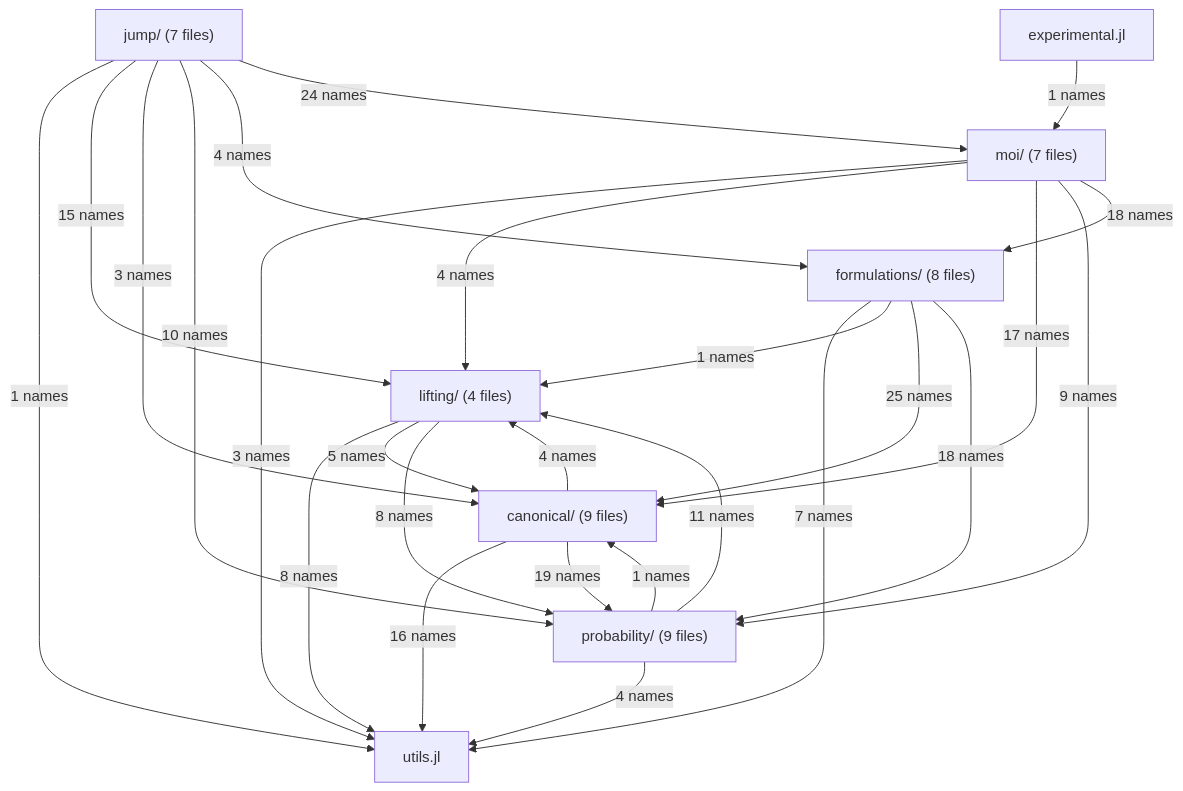
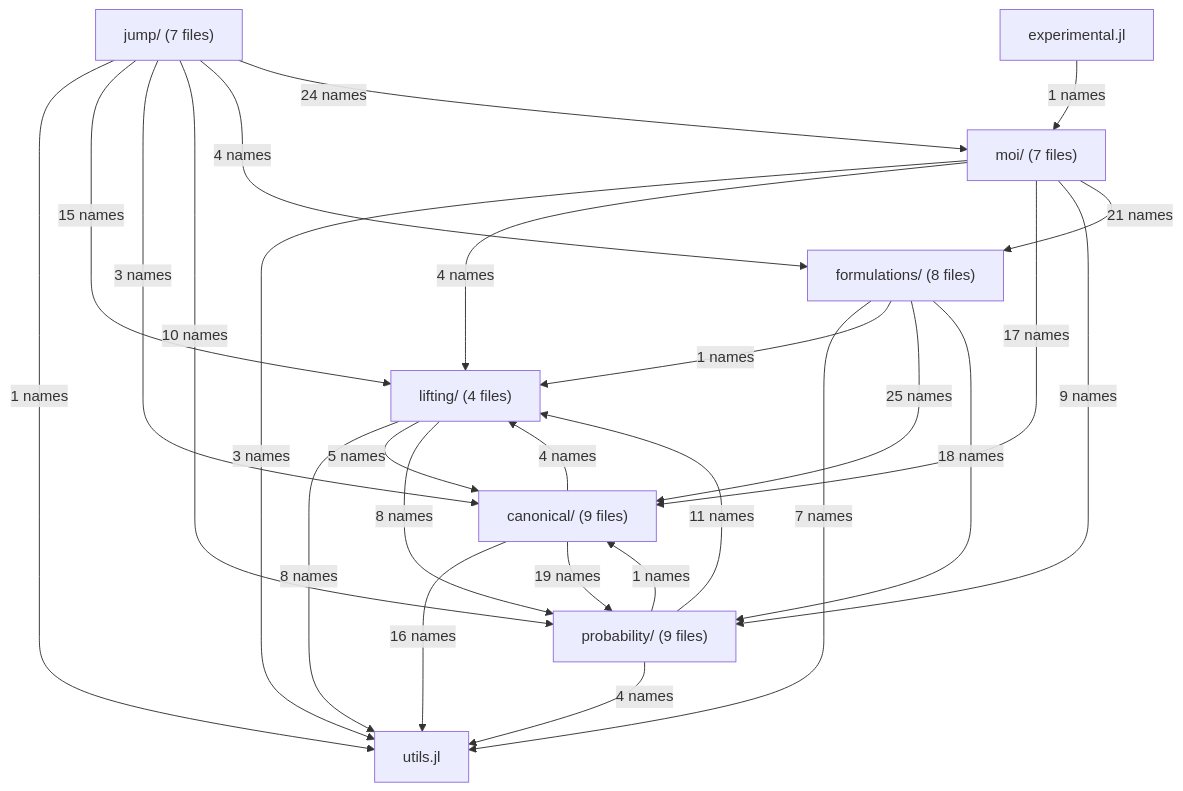
The diagram in docs/src/developer/structure_current.md (bfpc/LinearDecisionRules.jl), drawn with Mermaid before and after one commit. The commit also changed other lines of this file and 6 other files, not shown here.

````diff
--- a/docs/src/developer/structure_current.md
+++ b/docs/src/developer/structure_current.md
@@ -12,36 +12,36 @@
 ```mermaid
 flowchart TD
     utils["utils.jl"]
     lifting["lifting/ (4 files)"]
     canonical["canonical/ (9 files)"]
     probability["probability/ (9 files)"]
     formulations["formulations/ (8 files)"]
     moi["moi/ (7 files)"]
     jump["jump/ (7 files)"]
     experimental["experimental.jl"]
     lifting -->|"8 names"| utils
     lifting -->|"5 names"| canonical
     lifting -->|"8 names"| probability
     canonical -->|"16 names"| utils
     canonical -->|"4 names"| lifting
     canonical -->|"19 names"| probability
     probability -->|"4 names"| utils
     probability -->|"11 names"| lifting
     probability -->|"1 names"| canonical
     formulations -->|"7 names"| utils
     formulations -->|"1 names"| lifting
     formulations -->|"25 names"| canonical
     formulations -->|"18 names"| probability
     moi -->|"3 names"| utils
     moi -->|"4 names"| lifting
     moi -->|"17 names"| canonical
     moi -->|"9 names"| probability
-    moi -->|"18 names"| formulations
+    moi -->|"21 names"| formulations
     jump -->|"1 names"| utils
     jump -->|"15 names"| lifting
     jump -->|"3 names"| canonical
     jump -->|"10 names"| probability
     jump -->|"4 names"| formulations
     jump -->|"24 names"| moi
     experimental -->|"1 names"| moi
 ```
````
